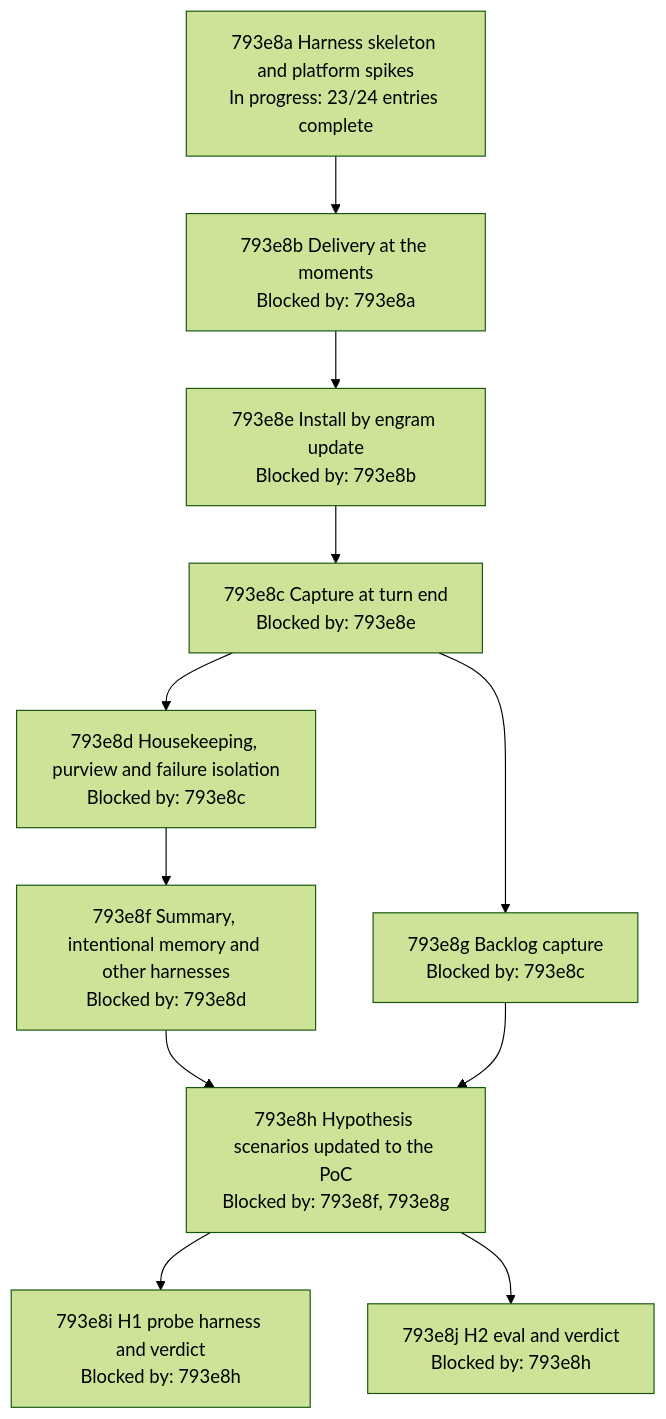
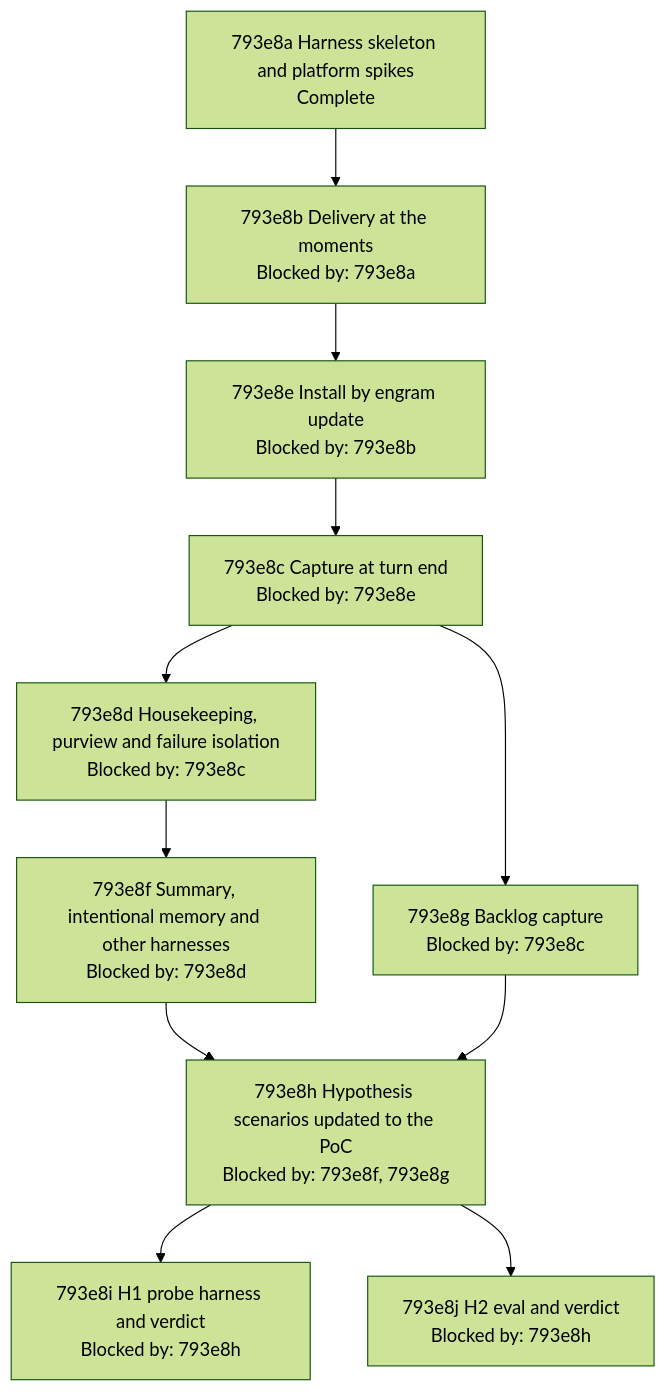
One commit to toejough/engram changed the diagram in docs/changes/793_parallel-memory-agent/793e_implementation-plan.md. Above: the diagram before and after it, drawn with Mermaid (forest theme). The commit also changed other lines of this file and 1 other file, not shown here.

First line of the commit message:
docs(793e8a): owner confirmed the cost estimate; node complete

````diff
--- a/docs/changes/793_parallel-memory-agent/793e_implementation-plan.md
+++ b/docs/changes/793_parallel-memory-agent/793e_implementation-plan.md
@@ -214,21 +214,21 @@
 ```mermaid
 flowchart TD
-  n793e8a["793e8a Harness skeleton and platform spikes<br/>In progress: 23/24 entries complete"]
+  n793e8a["793e8a Harness skeleton and platform spikes<br/>Complete"]
   n793e8b["793e8b Delivery at the moments<br/>Blocked by: 793e8a"]
   n793e8e["793e8e Install by engram update<br/>Blocked by: 793e8b"]
   n793e8c["793e8c Capture at turn end<br/>Blocked by: 793e8e"]
   n793e8d["793e8d Housekeeping, purview and failure isolation<br/>Blocked by: 793e8c"]
   n793e8g["793e8g Backlog capture<br/>Blocked by: 793e8c"]
   n793e8f["793e8f Summary, intentional memory and other harnesses<br/>Blocked by: 793e8d"]
   n793e8h["793e8h Hypothesis scenarios updated to the PoC<br/>Blocked by: 793e8f, 793e8g"]
   n793e8i["793e8i H1 probe harness and verdict<br/>Blocked by: 793e8h"]
   n793e8j["793e8j H2 eval and verdict<br/>Blocked by: 793e8h"]
   n793e8a --> n793e8b --> n793e8e --> n793e8c
   n793e8c --> n793e8d
   n793e8c --> n793e8g
   n793e8d --> n793e8f
   n793e8f --> n793e8h
   n793e8g --> n793e8h
   n793e8h --> n793e8i
   n793e8h --> n793e8j
 ```
````
